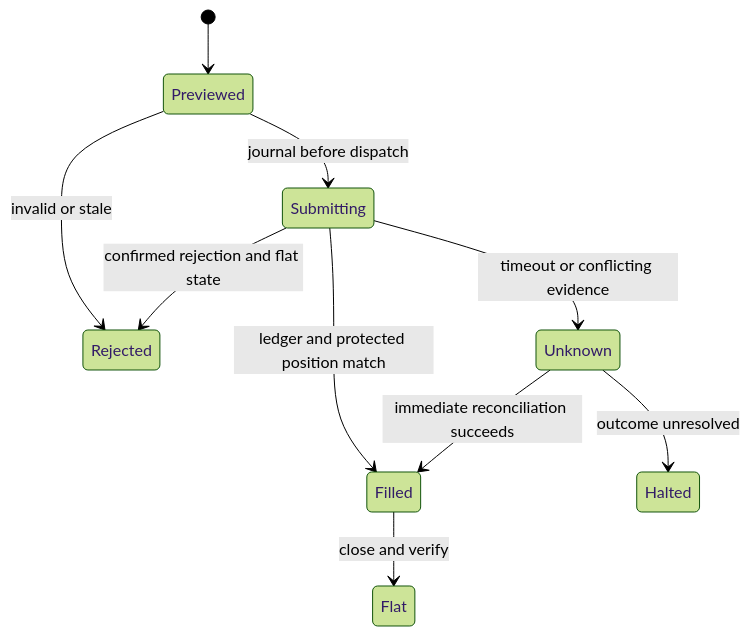
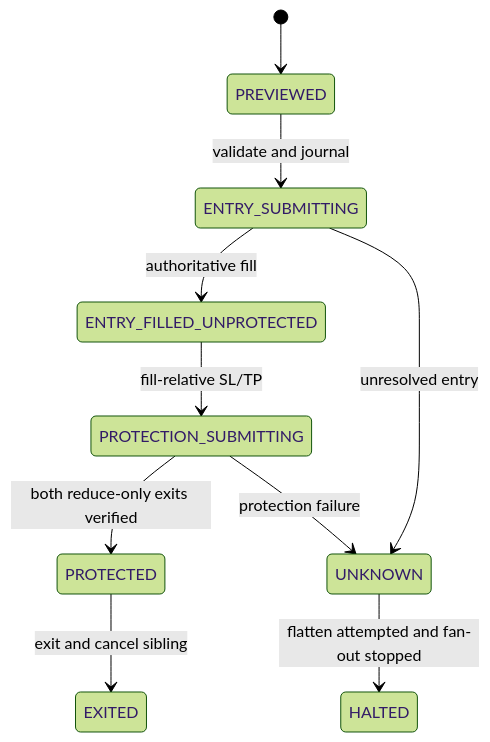
One commit to Mahdi451/vest-fleet-controller changed the third of 3 diagrams in README.md. Above: the diagram before and after it, drawn with Mermaid (forest theme). The commit also changed other lines of this file and 17 other files, not shown here.

````diff
--- a/README.md
+++ b/README.md
@@ -341,12 +341,12 @@
 ```mermaid
 stateDiagram-v2
-    [*] --> Previewed
-    Previewed --> Rejected: invalid or stale
-    Previewed --> Submitting: journal before dispatch
-    Submitting --> Filled: ledger and protected position match
-    Submitting --> Rejected: confirmed rejection and flat state
-    Submitting --> Unknown: timeout or conflicting evidence
-    Unknown --> Filled: immediate reconciliation succeeds
-    Unknown --> Halted: outcome unresolved
-    Filled --> Flat: close and verify
+    [*] --> PREVIEWED
+    PREVIEWED --> ENTRY_SUBMITTING: validate and journal
+    ENTRY_SUBMITTING --> ENTRY_FILLED_UNPROTECTED: authoritative fill
+    ENTRY_FILLED_UNPROTECTED --> PROTECTION_SUBMITTING: fill-relative SL/TP
+    PROTECTION_SUBMITTING --> PROTECTED: both reduce-only exits verified
+    ENTRY_SUBMITTING --> UNKNOWN: unresolved entry
+    PROTECTION_SUBMITTING --> UNKNOWN: protection failure
+    UNKNOWN --> HALTED: flatten attempted and fan-out stopped
+    PROTECTED --> EXITED: exit and cancel sibling
 ```
````
